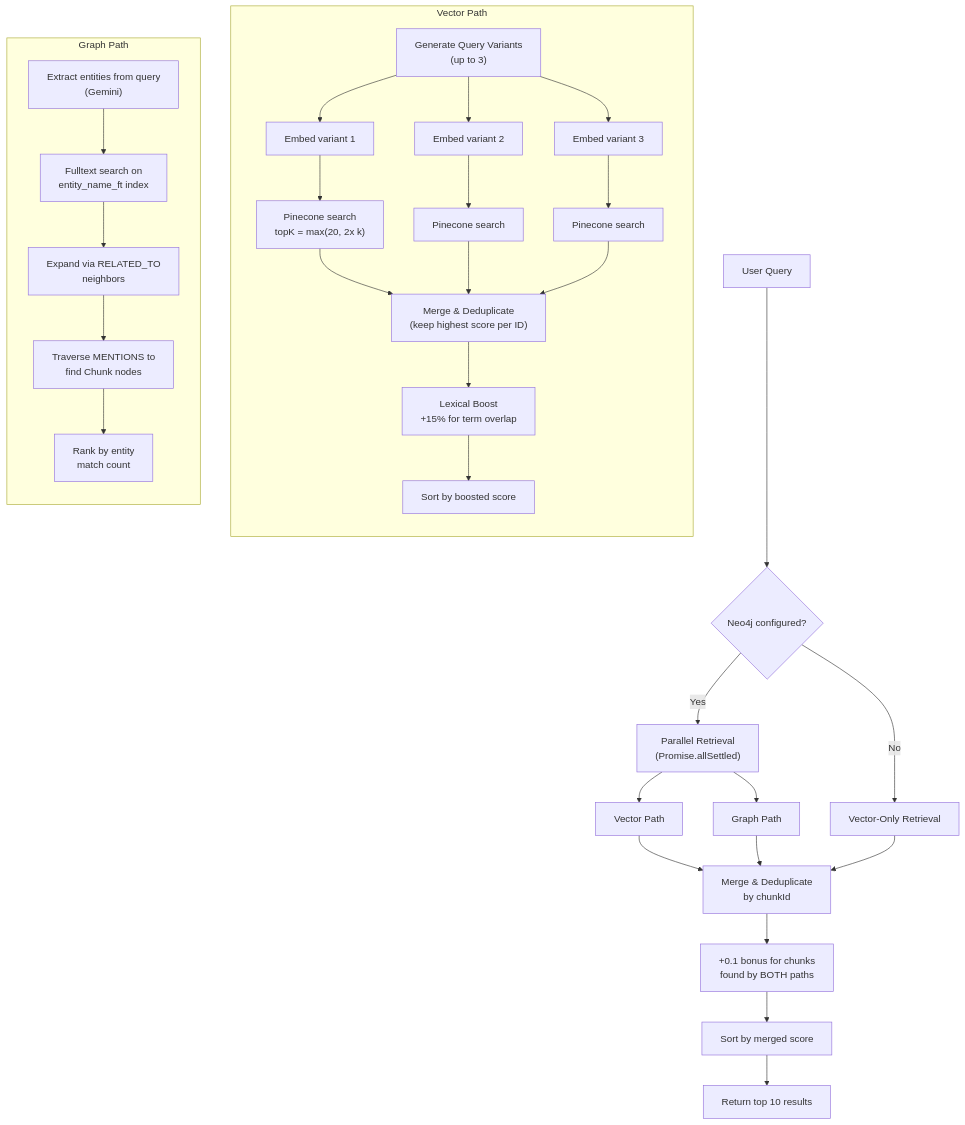
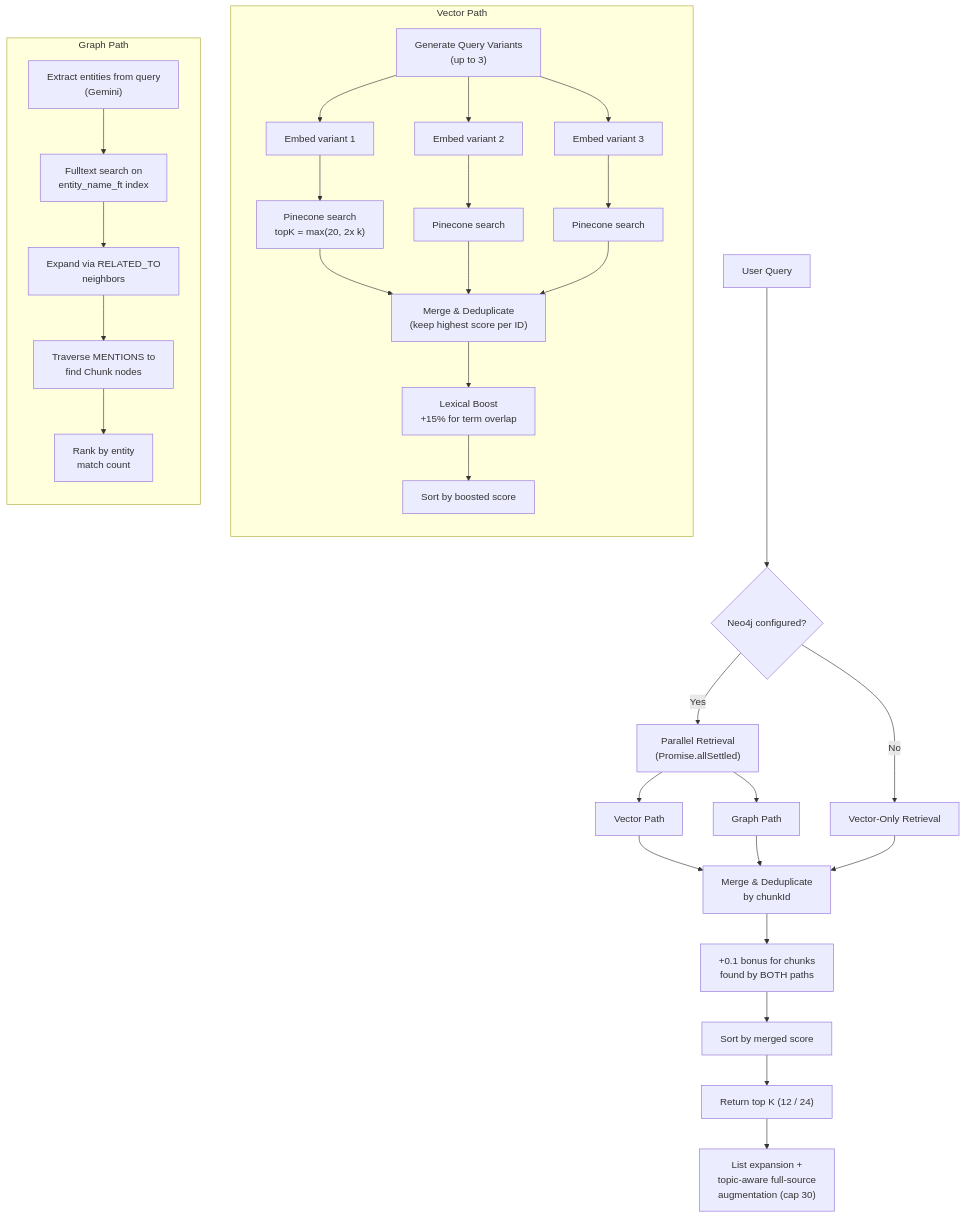
Before and after one commit to hoangsonww/AI-RAG-Assistant-Chatbot: the sixth of 12 diagrams in RAG.md, drawn with Mermaid. The commit also changed other lines of this file and 43 other files, not shown here.

````diff
--- a/RAG.md
+++ b/RAG.md
@@ -466,43 +479,44 @@
 ```mermaid
 flowchart TD
   Q["User Query"] --> H{"Neo4j configured?"}
 
   H -- Yes --> PAR["Parallel Retrieval<br/>(Promise.allSettled)"]
   H -- No --> VEC_ONLY["Vector-Only Retrieval"]
 
   PAR --> VP["Vector Path"]
   PAR --> GP["Graph Path"]
 
   subgraph VP_Detail["Vector Path"]
     direction TB
     QV["Generate Query Variants<br/>(up to 3)"]
     QV --> E1["Embed variant 1"]
     QV --> E2["Embed variant 2"]
     QV --> E3["Embed variant 3"]
     E1 --> S1["Pinecone search<br/>topK = max(20, 2x k)"]
     E2 --> S2["Pinecone search"]
     E3 --> S3["Pinecone search"]
     S1 --> MV["Merge & Deduplicate<br/>(keep highest score per ID)"]
     S2 --> MV
     S3 --> MV
     MV --> LB["Lexical Boost<br/>+15% for term overlap"]
     LB --> SortV["Sort by boosted score"]
   end
 
   subgraph GP_Detail["Graph Path"]
     direction TB
     QE["Extract entities from query<br/>(Gemini)"]
     QE --> FT["Fulltext search on<br/>entity_name_ft index"]
     FT --> NB["Expand via RELATED_TO<br/>neighbors"]
     NB --> CM["Traverse MENTIONS to<br/>find Chunk nodes"]
     CM --> RK["Rank by entity<br/>match count"]
   end
 
   VP --> MR["Merge & Deduplicate<br/>by chunkId"]
   GP --> MR
   VEC_ONLY --> MR
 
   MR --> BONUS["+0.1 bonus for chunks<br/>found by BOTH paths"]
   BONUS --> SORT["Sort by merged score"]
-  SORT --> TOP["Return top 10 results"]
+  SORT --> TOP["Return top K (12 / 24)"]
+  TOP --> AUG["List expansion +<br/>topic-aware full-source<br/>augmentation (cap 30)"]
 ```
````
